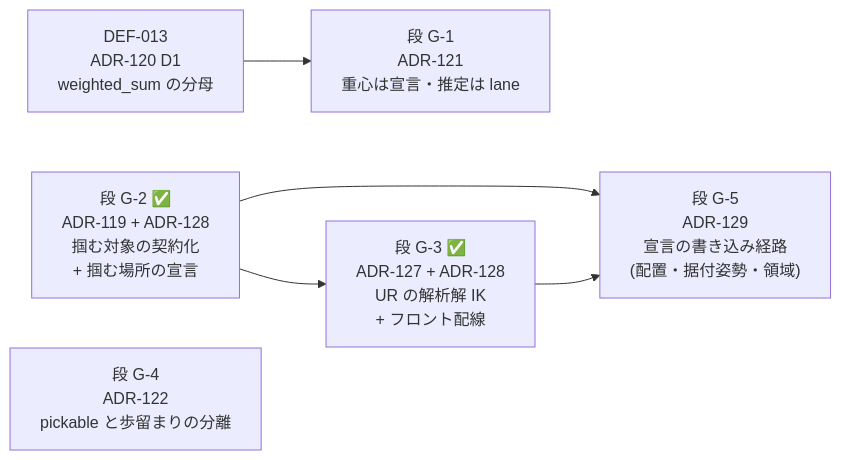
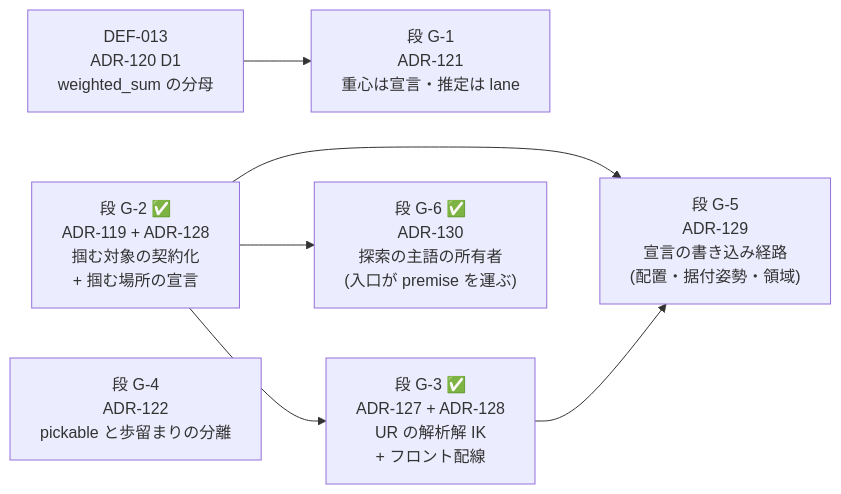
Before and after one commit to yuubae215/easy-extrude: the diagram in docs/grasp/implementation-order.md, drawn with Mermaid. The commit also changed other lines of this file and 11 other files, not shown here.

````diff
--- a/docs/grasp/implementation-order.md
+++ b/docs/grasp/implementation-order.md
@@ -27,12 +27,14 @@
 ```mermaid
 graph LR
   D13["DEF-013<br/>ADR-120 D1<br/>weighted_sum の分母"] --> S1
   S1["段 G-1<br/>ADR-121<br/>重心は宣言・推定は lane"]
   S2["段 G-2 ✅<br/>ADR-119 + ADR-128<br/>掴む対象の契約化<br/>+ 掴む場所の宣言"]
   S3["段 G-4<br/>ADR-122<br/>pickable と歩留まりの分離"]
   S2 --> S4
   S4["段 G-3 ✅<br/>ADR-127 + ADR-128<br/>UR の解析解 IK<br/>+ フロント配線"]
   S2 --> S5
   S4 --> S5
   S5["段 G-5<br/>ADR-129<br/>宣言の書き込み経路<br/>(配置・据付姿勢・領域)"]
+  S2 --> S6
+  S6["段 G-6 ✅<br/>ADR-130<br/>探索の主語の所有者<br/>(入口が premise を運ぶ)"]
 ```
````
